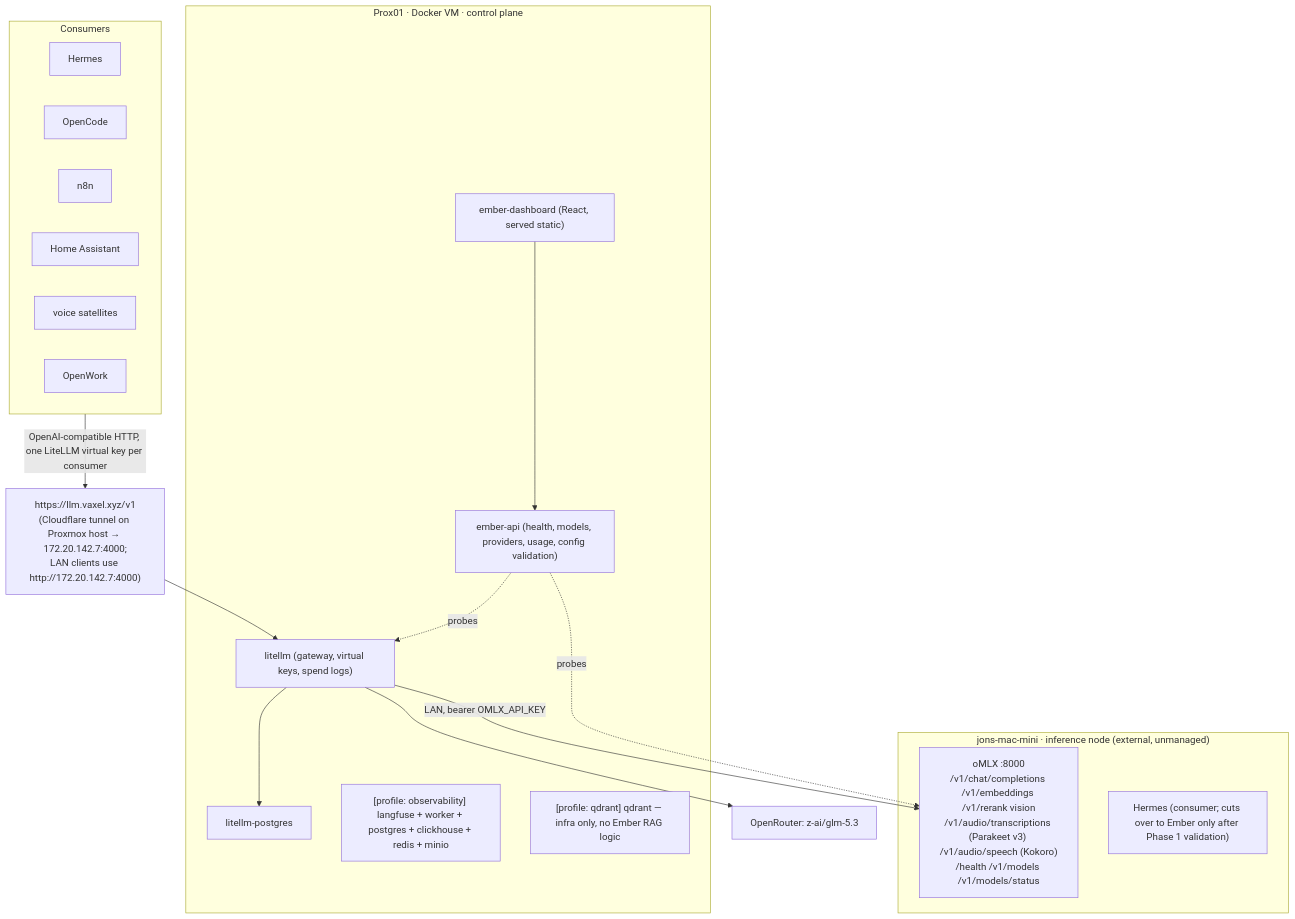
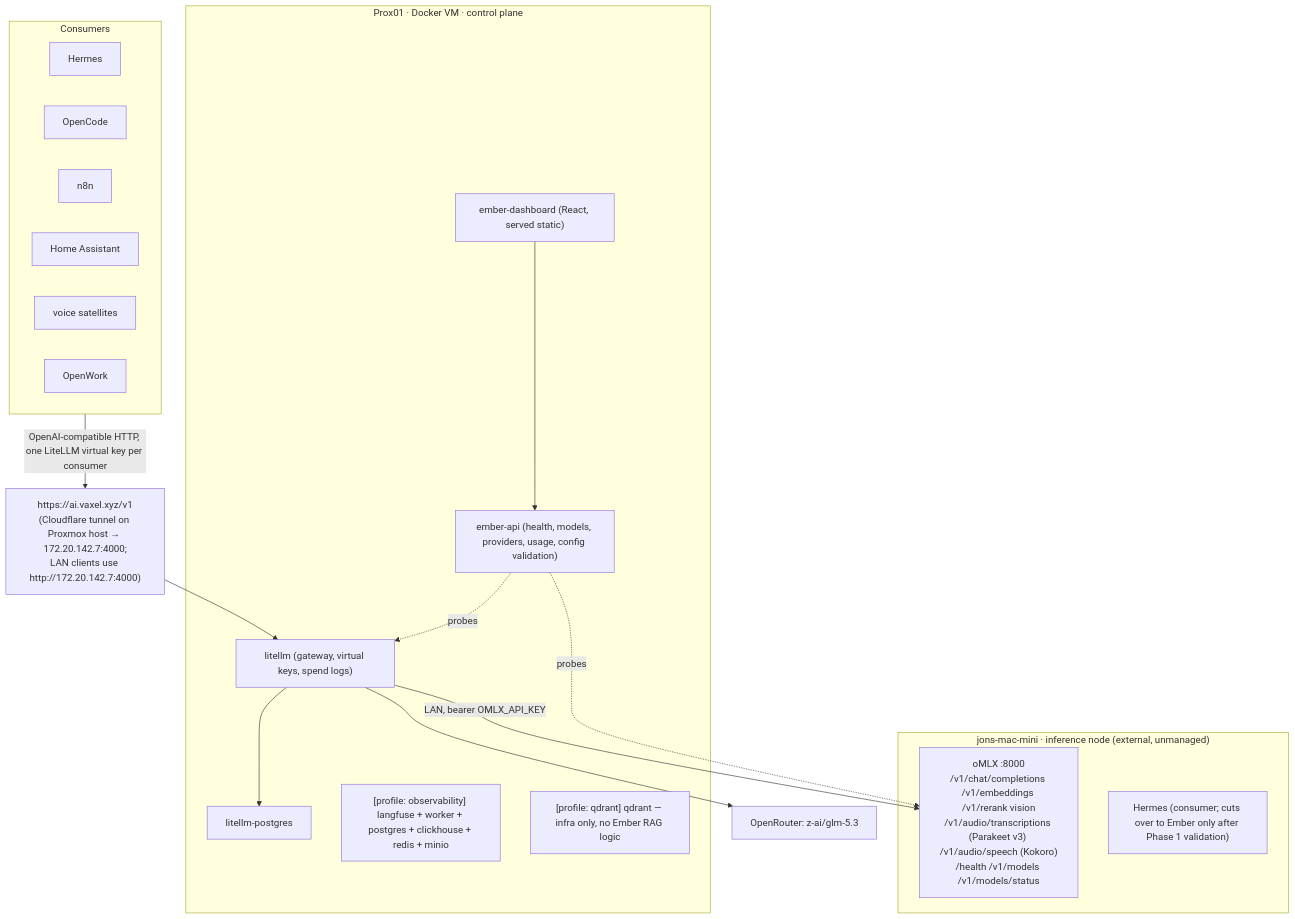
The diagram in docs/architecture.md (vaxel-xyz/Ember-AI), drawn with Mermaid before and after one commit. The commit also changed other lines of this file and 18 other files, not shown here.

Commit message:
feat: gateway public hostname is ai.vaxel.xyz/v1 (ADR 0010)

````diff
--- a/docs/architecture.md
+++ b/docs/architecture.md
@@ -10,39 +10,39 @@
 ```mermaid
 flowchart TB
     subgraph consumers["Consumers"]
         Hermes
         OpenCode
         n8n
         HA["Home Assistant"]
         Voice["voice satellites"]
         OpenWork
     end
 
     consumers -->|"OpenAI-compatible HTTP, one LiteLLM virtual key per consumer"| GW
 
-    GW["https://llm.vaxel.xyz/v1<br/>(Cloudflare tunnel on Proxmox host → 172.20.142.7:4000;<br/>LAN clients use http://172.20.142.7:4000)"]
+    GW["https://ai.vaxel.xyz/v1<br/>(Cloudflare tunnel on Proxmox host → 172.20.142.7:4000;<br/>LAN clients use http://172.20.142.7:4000)"]
 
     subgraph docker01["Prox01 · Docker VM · control plane"]
         LiteLLM["litellm (gateway, virtual keys, spend logs)"]
         Postgres["litellm-postgres"]
         EmberAPI["ember-api (health, models, providers, usage, config validation)"]
         Dashboard["ember-dashboard (React, served static)"]
         Langfuse["[profile: observability] langfuse + worker + postgres + clickhouse + redis + minio"]
         Qdrant["[profile: qdrant] qdrant — infra only, no Ember RAG logic"]
     end
 
     GW --> LiteLLM
     LiteLLM --> Postgres
     EmberAPI -.probes.-> LiteLLM
     Dashboard --> EmberAPI
 
     subgraph mini["jons-mac-mini · inference node (external, unmanaged)"]
         oMLX["oMLX :8000<br/>/v1/chat/completions /v1/embeddings /v1/rerank vision<br/>/v1/audio/transcriptions (Parakeet v3) /v1/audio/speech (Kokoro)<br/>/health /v1/models /v1/models/status"]
         HermesAgent["Hermes (consumer; cuts over to Ember only after Phase 1 validation)"]
     end
 
     LiteLLM -->|"LAN, bearer OMLX_API_KEY"| oMLX
     EmberAPI -.probes.-> oMLX
 
     LiteLLM --> OpenRouter["OpenRouter: z-ai/glm-5.3"]
 ```
````
